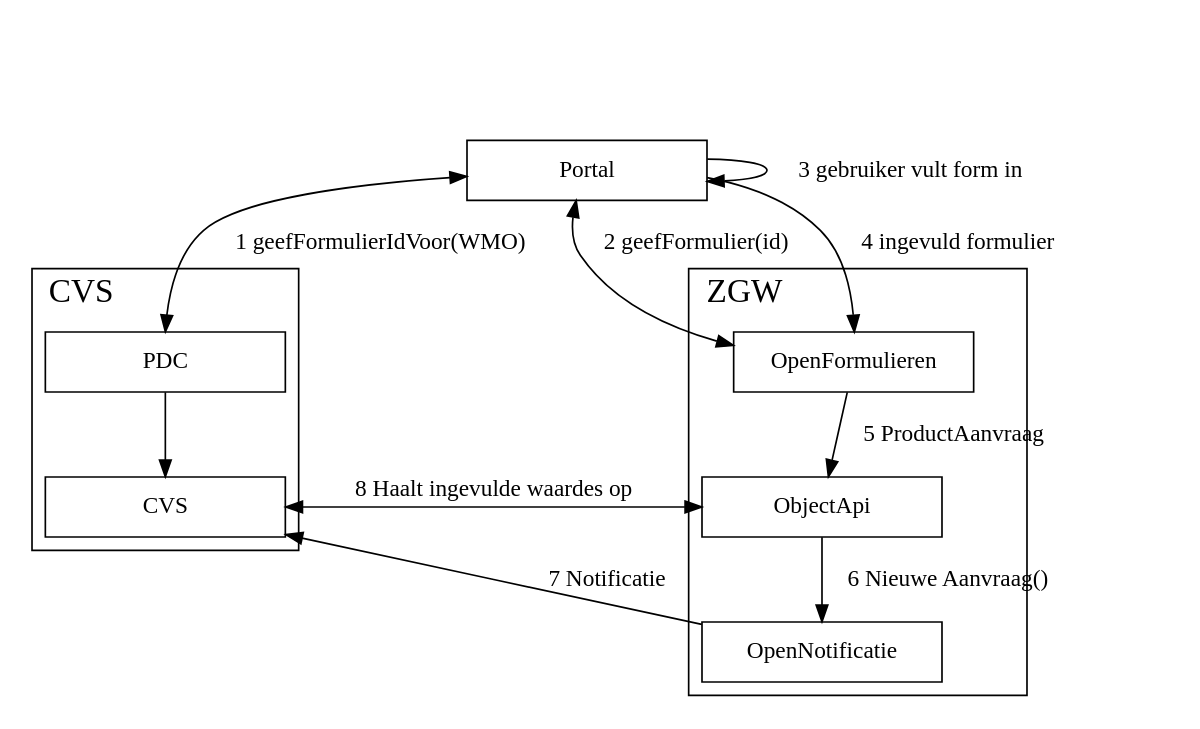
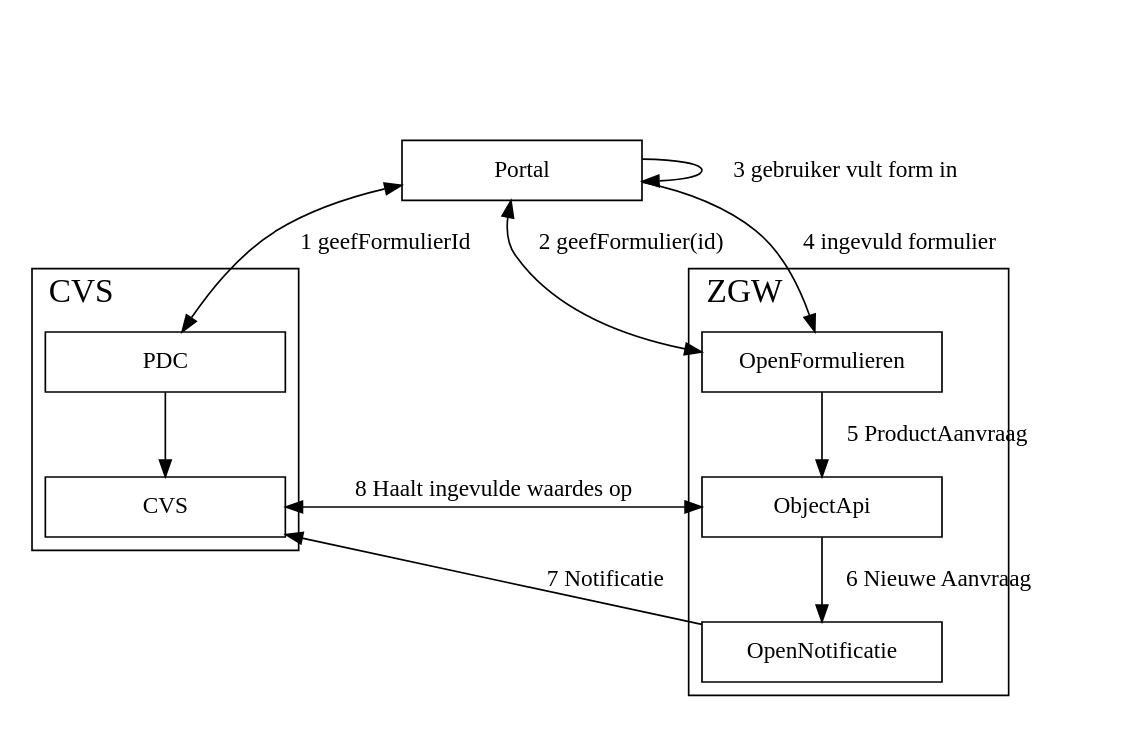
The diagram in images/graphviz/productaanvraag_cvs.dot (Gemeente-DenHaag/referentie-common-ground-implementatie), drawn with Graphviz before and after one commit. The commit also changed 4 other files, not shown here.

```diff
--- a/images/graphviz/productaanvraag_cvs.dot
+++ b/images/graphviz/productaanvraag_cvs.dot
@@ -1,50 +1,50 @@
    digraph {
         rankdir="TB";
         nodesep=0.5;
         node [shape="box",width=2];
         fontsize=20;
 
         subgraph helper_left{
             rank=same;
             helper1[style=invis];
             helper2[style=invis];
             helper3[style=invis];
             helper1->helper2->helper3[style=invis];
         }
 
         subgraph cluster_cvs{
             label="CVS"
             labelloc="t";
             labeljust="l"
             CVS;
             PDC;
             PDC->CVS;
         }
 
         subgraph cluster_zgw{
             label="ZGW"
             labelloc="t";
             labeljust="l"
             OpenFormulieren;
             ObjectApi;
             OpenNotificatie;
         }  
 
         helper3->OpenFormulieren[style=invis];
         helper2->Portal[style=invis];
         helper1->PDC[style=invis];
 
-        Portal->PDC[dir=both,label="1 geefFormulierIdVoor(WMO)"];
+        Portal->PDC[dir=both,label="1 geefFormulierId"];
         Portal->OpenFormulieren[label="2 geefFormulier(id)",dir=both]
         Portal->Portal[label="3 gebruiker vult form in"];
 
 
         Portal->OpenFormulieren[label="4 ingevuld formulier"];
         OpenFormulieren->ObjectApi[label="5 ProductAanvraag"];
-        ObjectApi->OpenNotificatie[label="6 Nieuwe Aanvraag()"];
+        ObjectApi->OpenNotificatie[label="6 Nieuwe Aanvraag"];
 
         CVS->ObjectApi[label="8 Haalt ingevulde waardes op",dir=both];
 
         OpenNotificatie->CVS[label="7 Notificatie"]
 
    }
```
